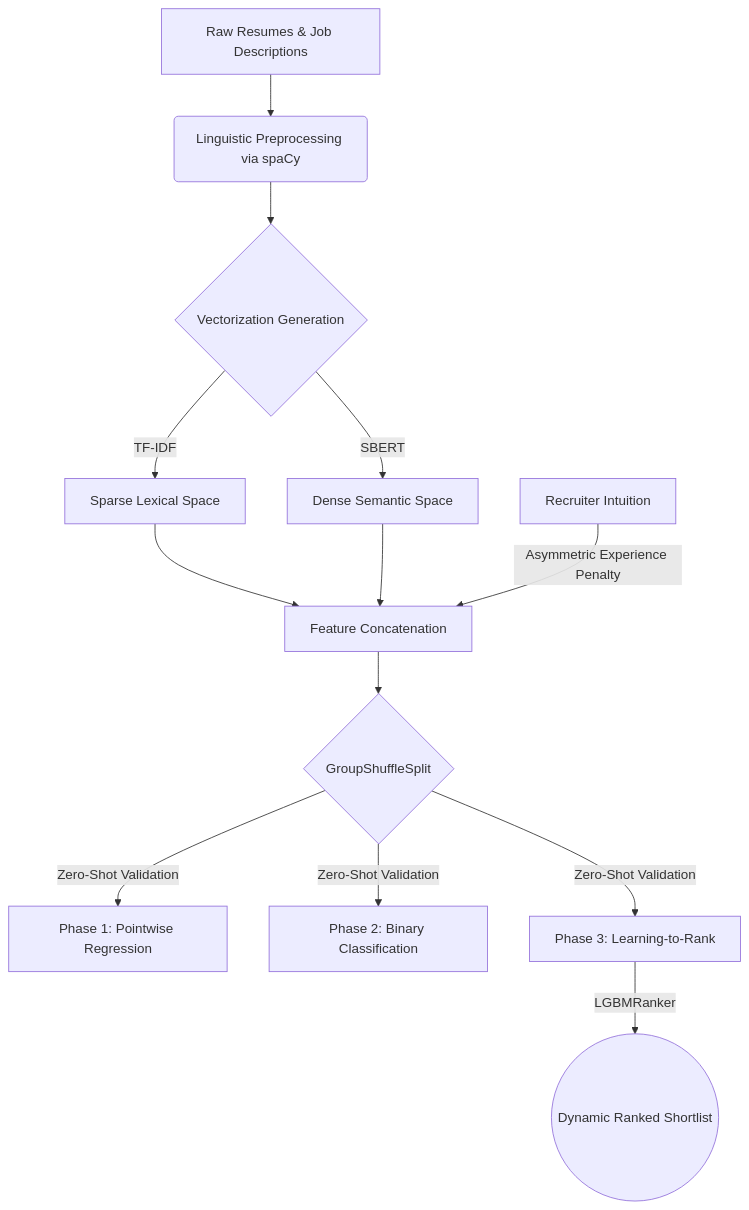
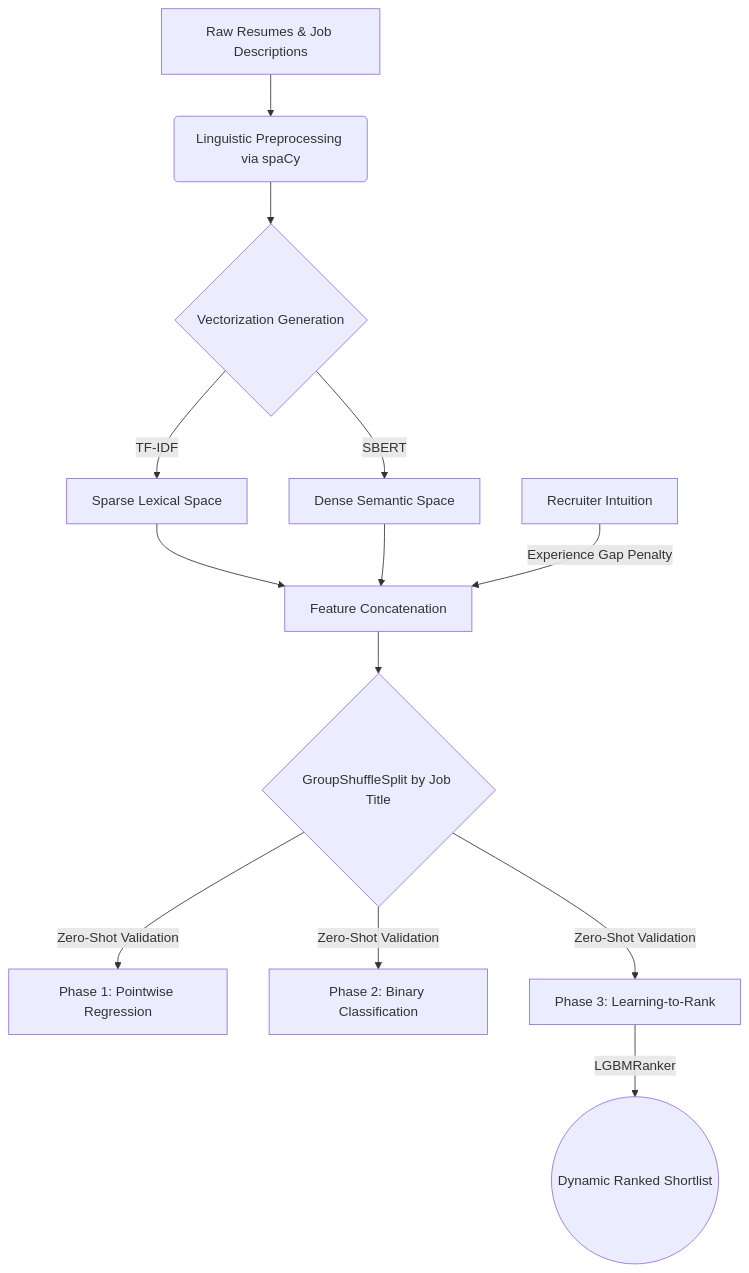
Before and after one commit to Amber-s-art/cv-screening: the diagram in README.md, drawn with Mermaid. The commit also changed other lines of this file, not shown here.

````diff
--- a/README.md
+++ b/README.md
@@ -58,21 +66,21 @@
 ```mermaid
 graph TD
     A[Raw Resumes & Job Descriptions] --> B(Linguistic Preprocessing via spaCy)
     B --> C{Vectorization Generation}
-    
+
     C -->|TF-IDF| D[Sparse Lexical Space]
     C -->|SBERT| E[Dense Semantic Space]
-    
+
     D --> F[Feature Concatenation]
     E --> F
-    
-    G[Recruiter Intuition] -->|Asymmetric Experience Penalty| F
-    
-    F --> H{GroupShuffleSplit}
-    
+
+    G[Recruiter Intuition] -->|Experience Gap Penalty| F
+
+    F --> H{GroupShuffleSplit by Job Title}
+
     H -->|Zero-Shot Validation| I[Phase 1: Pointwise Regression]
     H -->|Zero-Shot Validation| J[Phase 2: Binary Classification]
     H -->|Zero-Shot Validation| K[Phase 3: Learning-to-Rank]
-    
+
     K -->|LGBMRanker| L((Dynamic Ranked Shortlist))
 ```
````
